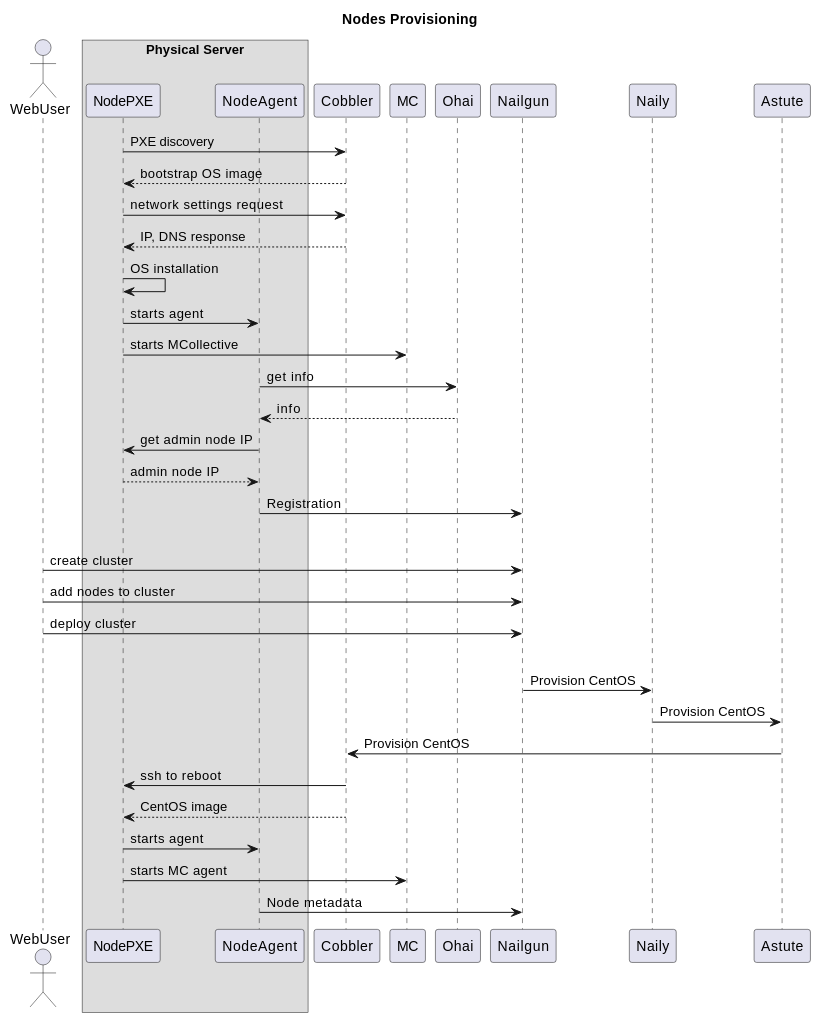
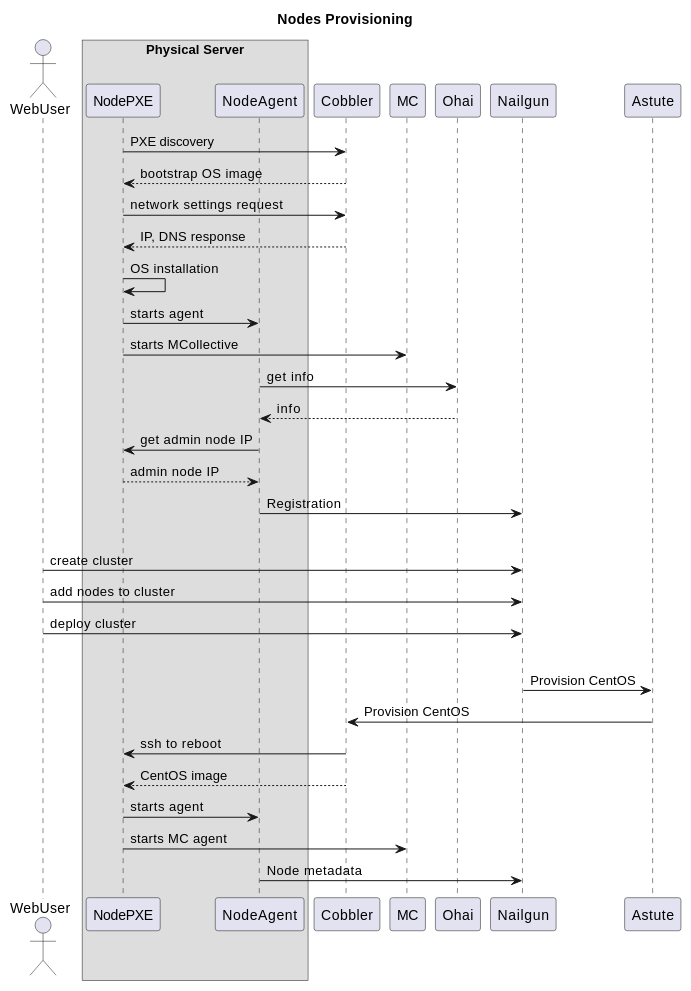
The first of 3 diagrams in docs/develop/sequence.rst (openstack-archive/fuel-web), drawn with PlantUML before and after one commit. The commit also changed other lines of this file and 20 other files, not shown here.

First line of the commit message:
Move Naily to Astute

```diff
--- a/docs/develop/sequence.rst
+++ b/docs/develop/sequence.rst
@@ -6,34 +6,33 @@
  .. uml::
     title Nodes Provisioning
     actor WebUser
 
     box "Physical Server"
         participant NodePXE
         participant NodeAgent
     end box
 
     NodePXE -> Cobbler: PXE discovery
     Cobbler --> NodePXE: bootstrap OS image
     NodePXE -> Cobbler: network settings request
     Cobbler --> NodePXE: IP, DNS response
     NodePXE -> NodePXE: OS installation
     NodePXE -> NodeAgent: starts agent
     NodePXE -> MC: starts MCollective
     NodeAgent -> Ohai: get info
     Ohai --> NodeAgent: info
     NodeAgent -> NodePXE: get admin node IP
     NodePXE --> NodeAgent: admin node IP
     NodeAgent -> Nailgun: Registration
     |||
     WebUser -> Nailgun: create cluster
     WebUser -> Nailgun: add nodes to cluster
     WebUser -> Nailgun: deploy cluster
     |||
-    Nailgun -> Naily: Provision CentOS
-    Naily -> Astute: Provision CentOS
+    Nailgun -> Astute: Provision CentOS
     Astute -> Cobbler: Provision CentOS
     Cobbler -> NodePXE: ssh to reboot
     Cobbler --> NodePXE: CentOS image
     NodePXE -> NodeAgent: starts agent
     NodePXE -> MC: starts MC agent
     NodeAgent -> Nailgun: Node metadata
```
